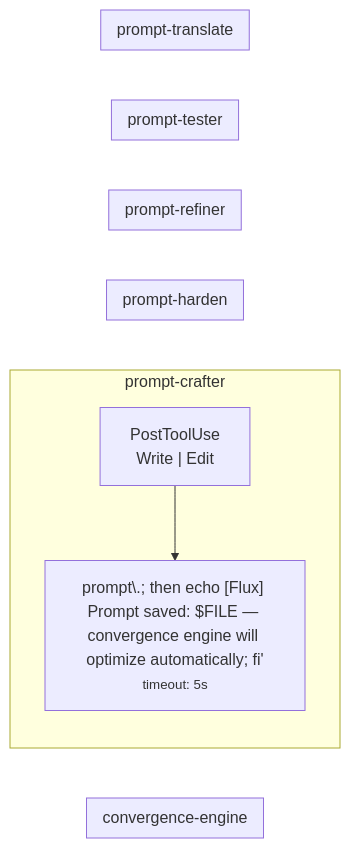
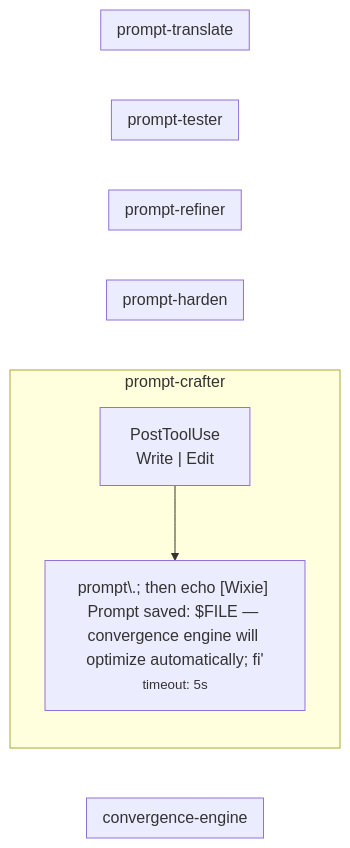
One commit to enchanted-plugins/wixie changed the diagram in docs/architecture/hooks.mmd. Above: the diagram before and after it, drawn with Mermaid. The commit also changed 84 other files, not shown here.

First line of the commit message:
rename: Flux → Wixie, standardize origin format

```diff
--- a/docs/architecture/hooks.mmd
+++ b/docs/architecture/hooks.mmd
@@ -1,16 +1,16 @@
 graph LR
     subgraph convergence_engine["convergence-engine"]
     end
     subgraph prompt_crafter["prompt-crafter"]
         prompt_crafter_h0_trigger["PostToolUse<br/>Write | Edit"]
-        prompt_crafter_h0_script["prompt\.; then echo [Flux] Prompt saved: $FILE — convergence engine will optimize automatically; fi'<br/><small>timeout: 5s</small>"]
+        prompt_crafter_h0_script["prompt\.; then echo [Wixie] Prompt saved: $FILE — convergence engine will optimize automatically; fi'<br/><small>timeout: 5s</small>"]
         prompt_crafter_h0_trigger --> prompt_crafter_h0_script
     end
     subgraph prompt_harden["prompt-harden"]
     end
     subgraph prompt_refiner["prompt-refiner"]
     end
     subgraph prompt_tester["prompt-tester"]
     end
     subgraph prompt_translate["prompt-translate"]
     end
```
